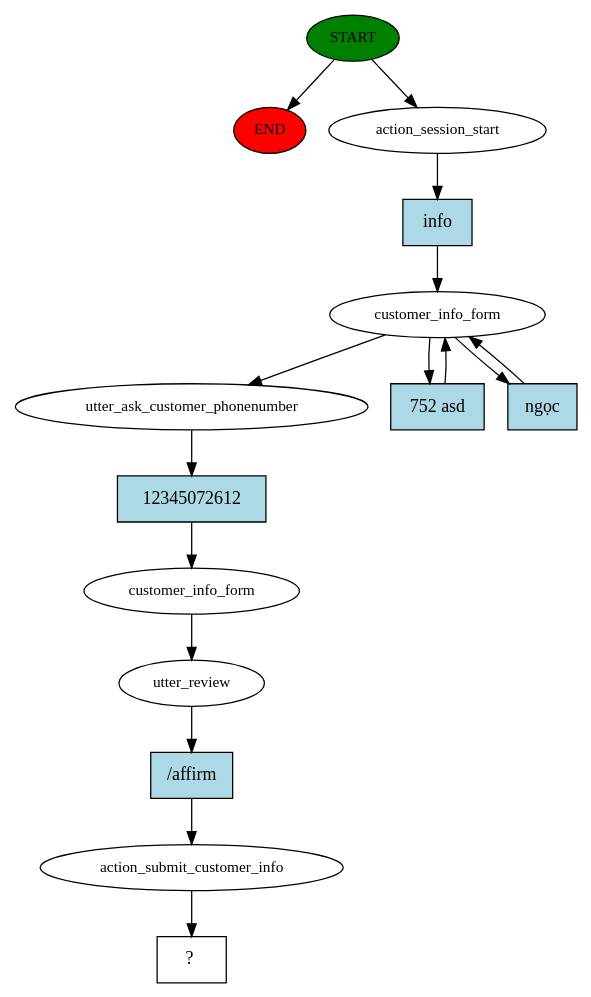
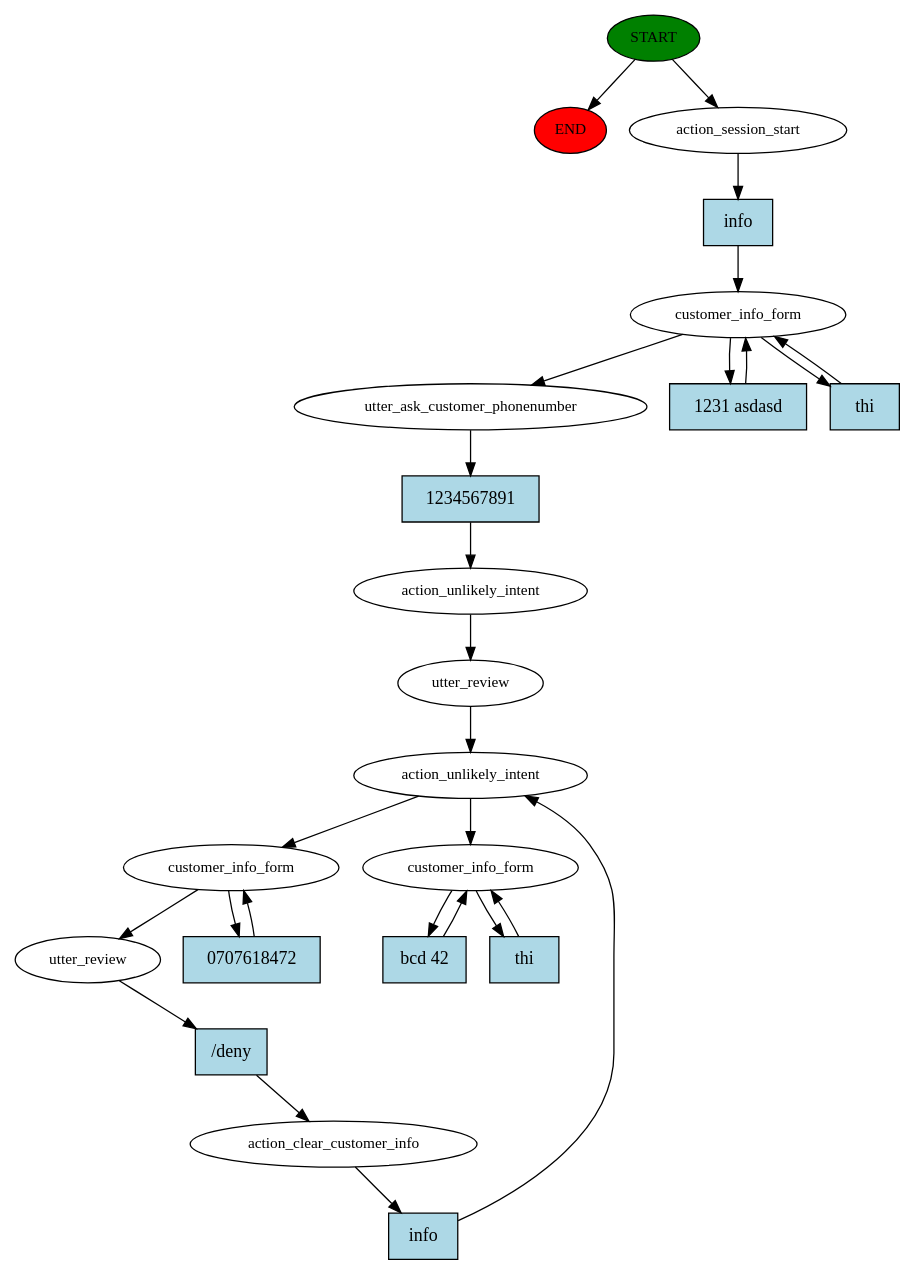
The diagram in Chatbot/story_graph.dot (ThanhTrung2001/ChatBot_Rasa_With_RasaX), drawn with Graphviz before and after one commit. The commit also changed 8 other files, not shown here.

```diff
--- a/Chatbot/story_graph.dot
+++ b/Chatbot/story_graph.dot
@@ -1,31 +1,49 @@
 digraph  {
 0 [class="start active", fillcolor=green, fontsize=12, label=START, style=filled];
 "-1" [class=end, fillcolor=red, fontsize=12, label=END, style=filled];
 1 [class=active, fontsize=12, label=action_session_start];
 2 [class=active, fontsize=12, label=customer_info_form];
 5 [class=active, fontsize=12, label=utter_ask_customer_phonenumber];
-6 [class=active, fontsize=12, label=customer_info_form];
+6 [class=active, fontsize=12, label=action_unlikely_intent];
 7 [class=active, fontsize=12, label=utter_review];
-8 [class=active, fontsize=12, label=action_submit_customer_info];
-9 [class="intent dashed active", label="  ?  ", shape=rect];
-10 [class="intent active", fillcolor=lightblue, label=info, shape=rect, style=filled];
-11 [class="intent active", fillcolor=lightblue, label="752 asd", shape=rect, style=filled];
-12 [class="intent active", fillcolor=lightblue, label="ngọc", shape=rect, style=filled];
-13 [class="intent active", fillcolor=lightblue, label=12345072612, shape=rect, style=filled];
-14 [class="intent active", fillcolor=lightblue, label="/affirm", shape=rect, style=filled];
+8 [class=active, fontsize=12, label=action_unlikely_intent];
+9 [class=active, fontsize=12, label=customer_info_form];
+11 [class=active, fontsize=12, label=utter_review];
+12 [class=active, fontsize=12, label=action_clear_customer_info];
+14 [class="active dashed", fontsize=12, label=customer_info_form];
+17 [class="intent active", fillcolor=lightblue, label=info, shape=rect, style=filled];
+18 [class="intent active", fillcolor=lightblue, label="1231 asdasd", shape=rect, style=filled];
+19 [class="intent active", fillcolor=lightblue, label=thi, shape=rect, style=filled];
+20 [class="intent active", fillcolor=lightblue, label=1234567891, shape=rect, style=filled];
+21 [class="intent active", fillcolor=lightblue, label=0707618472, shape=rect, style=filled];
+22 [class="intent active", fillcolor=lightblue, label="/deny", shape=rect, style=filled];
+23 [class="intent active", fillcolor=lightblue, label=info, shape=rect, style=filled];
+24 [class="intent active", fillcolor=lightblue, label="bcd 42", shape=rect, style=filled];
+25 [class="intent active", fillcolor=lightblue, label=thi, shape=rect, style=filled];
 0 -> "-1"  [class="", key=NONE, label=""];
 0 -> 1  [class=active, key=NONE, label=""];
-1 -> 10  [class=active, key=0];
+1 -> 17  [class=active, key=0];
 2 -> 5  [class=active, key=NONE, label=""];
-2 -> 11  [class=active, key=0];
-2 -> 12  [class=active, key=0];
-5 -> 13  [class=active, key=0];
+2 -> 18  [class=active, key=0];
+2 -> 19  [class=active, key=0];
+5 -> 20  [class=active, key=0];
 6 -> 7  [class=active, key=NONE, label=""];
-7 -> 14  [class=active, key=0];
+7 -> 8  [class=active, key=NONE, label=""];
 8 -> 9  [class=active, key=NONE, label=""];
-10 -> 2  [class=active, key=0];
-11 -> 2  [class=active, key=0];
-12 -> 2  [class=active, key=0];
-13 -> 6  [class=active, key=0];
-14 -> 8  [class=active, key=0];
+8 -> 14  [class=active, key=NONE, label=""];
+9 -> 11  [class=active, key=NONE, label=""];
+9 -> 21  [class=active, key=0];
+11 -> 22  [class=active, key=0];
+12 -> 23  [class=active, key=0];
+14 -> 24  [class=active, key=0];
+14 -> 25  [class=active, key=0];
+17 -> 2  [class=active, key=0];
+18 -> 2  [class=active, key=0];
+19 -> 2  [class=active, key=0];
+20 -> 6  [class=active, key=0];
+21 -> 9  [class=active, key=0];
+22 -> 12  [class=active, key=0];
+23 -> 8  [class=active, key=0];
+24 -> 14  [class=active, key=0];
+25 -> 14  [class=active, key=0];
 }
```
